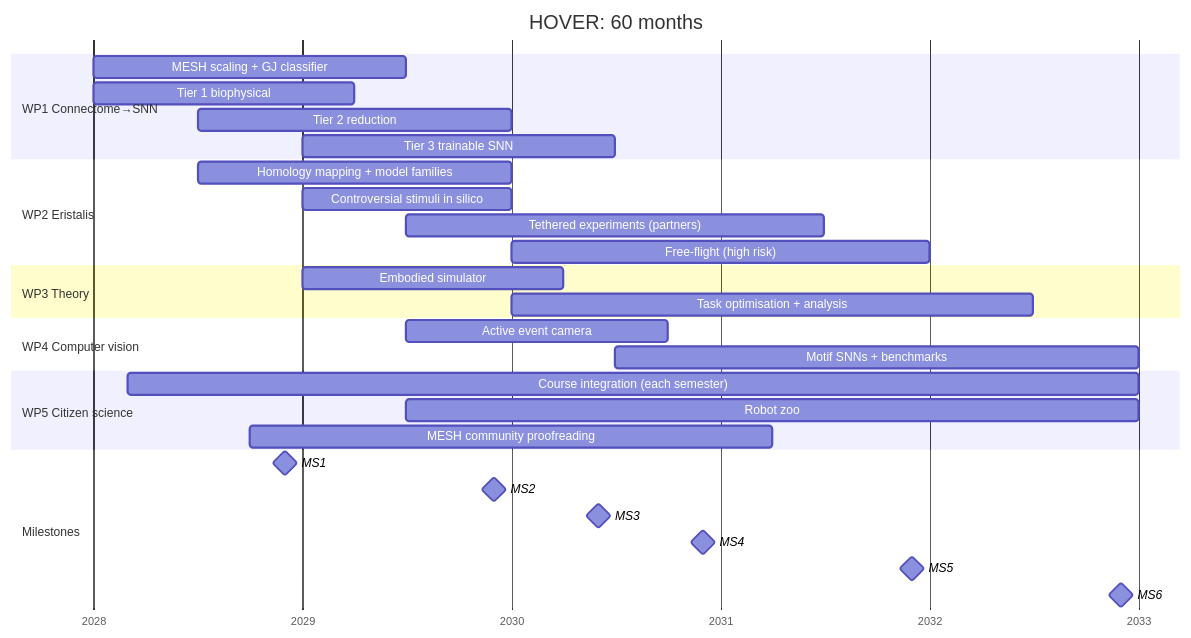
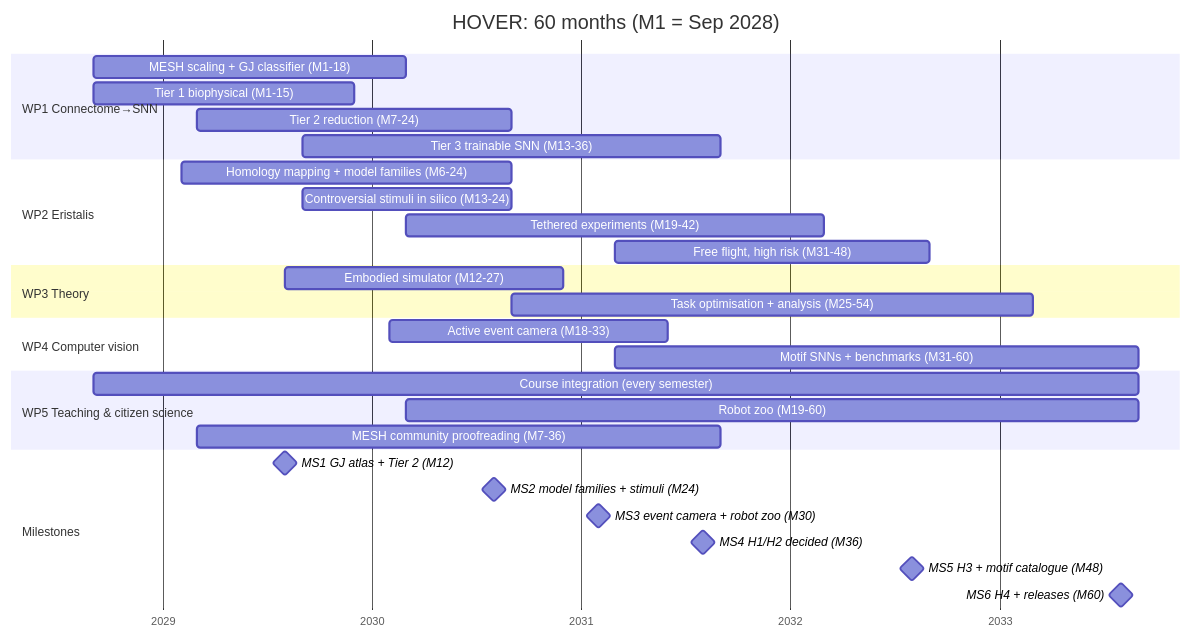
One commit to ETigerschuss/erc-cog-hover changed the diagram in proposal/gantt.md. Above: the diagram before and after it, drawn with Mermaid. The commit also changed other lines of this file and 22 other files, not shown here.

````diff
--- a/proposal/gantt.md
+++ b/proposal/gantt.md
@@ -3,33 +6,33 @@
 ```mermaid
 gantt
     dateFormat  YYYY-MM
     axisFormat  %Y
-    title HOVER: 60 months
+    title HOVER: 60 months (M1 = Sep 2028)
     section WP1 Connectome→SNN
-    MESH scaling + GJ classifier      :w11, 2028-01, 18M
-    Tier 1 biophysical                :w12, 2028-01, 15M
-    Tier 2 reduction                  :w13, 2028-07, 18M
-    Tier 3 trainable SNN              :w14, 2029-01, 18M
+    MESH scaling + GJ classifier (M1-18)      :w11, 2028-09, 18M
+    Tier 1 biophysical (M1-15)                :w12, 2028-09, 15M
+    Tier 2 reduction (M7-24)                  :w13, 2029-03, 18M
+    Tier 3 trainable SNN (M13-36)             :w14, 2029-09, 24M
     section WP2 Eristalis
-    Homology mapping + model families :w21, 2028-07, 18M
-    Controversial stimuli in silico   :w22, 2029-01, 12M
-    Tethered experiments (partners)   :w23, 2029-07, 24M
-    Free-flight (high risk)           :w24, 2030-01, 24M
+    Homology mapping + model families (M6-24) :w21, 2029-02, 19M
+    Controversial stimuli in silico (M13-24)  :w22, 2029-09, 12M
+    Tethered experiments (M19-42)             :w23, 2030-03, 24M
+    Free flight, high risk (M31-48)           :w24, 2031-03, 18M
     section WP3 Theory
-    Embodied simulator                :w31, 2029-01, 15M
-    Task optimisation + analysis      :w32, 2030-01, 30M
+    Embodied simulator (M12-27)               :w31, 2029-08, 16M
+    Task optimisation + analysis (M25-54)     :w32, 2030-09, 30M
     section WP4 Computer vision
-    Active event camera               :w41, 2029-07, 15M
-    Motif SNNs + benchmarks           :w42, 2030-07, 30M
-    section WP5 Citizen science
-    Course integration (each semester):w51, 2028-03, 58M
-    Robot zoo                         :w52, 2029-07, 42M
-    MESH community proofreading       :w53, 2028-10, 30M
+    Active event camera (M18-33)              :w41, 2030-02, 16M
+    Motif SNNs + benchmarks (M31-60)          :w42, 2031-03, 30M
+    section WP5 Teaching & citizen science
+    Course integration (every semester)       :w51, 2028-09, 60M
+    Robot zoo (M19-60)                        :w52, 2030-03, 42M
+    MESH community proofreading (M7-36)       :w53, 2029-03, 30M
     section Milestones
-    MS1 :milestone, 2028-12, 0d
-    MS2 :milestone, 2029-12, 0d
-    MS3 :milestone, 2030-06, 0d
-    MS4 :milestone, 2030-12, 0d
-    MS5 :milestone, 2031-12, 0d
-    MS6 :milestone, 2032-12, 0d
+    MS1 GJ atlas + Tier 2 (M12)               :milestone, 2029-08, 0d
+    MS2 model families + stimuli (M24)        :milestone, 2030-08, 0d
+    MS3 event camera + robot zoo (M30)        :milestone, 2031-02, 0d
+    MS4 H1/H2 decided (M36)                   :milestone, 2031-08, 0d
+    MS5 H3 + motif catalogue (M48)            :milestone, 2032-08, 0d
+    MS6 H4 + releases (M60)                   :milestone, 2033-08, 0d
 ```
````
